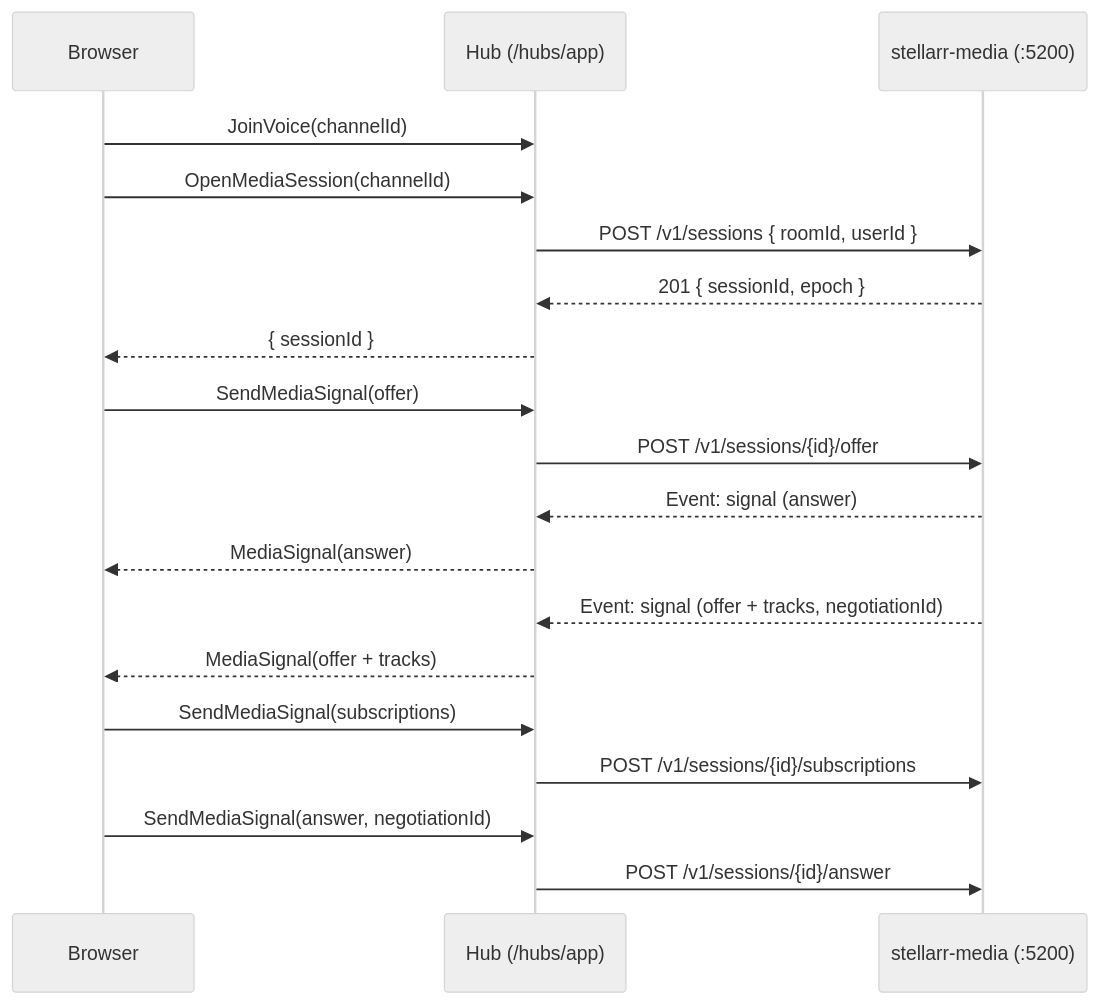
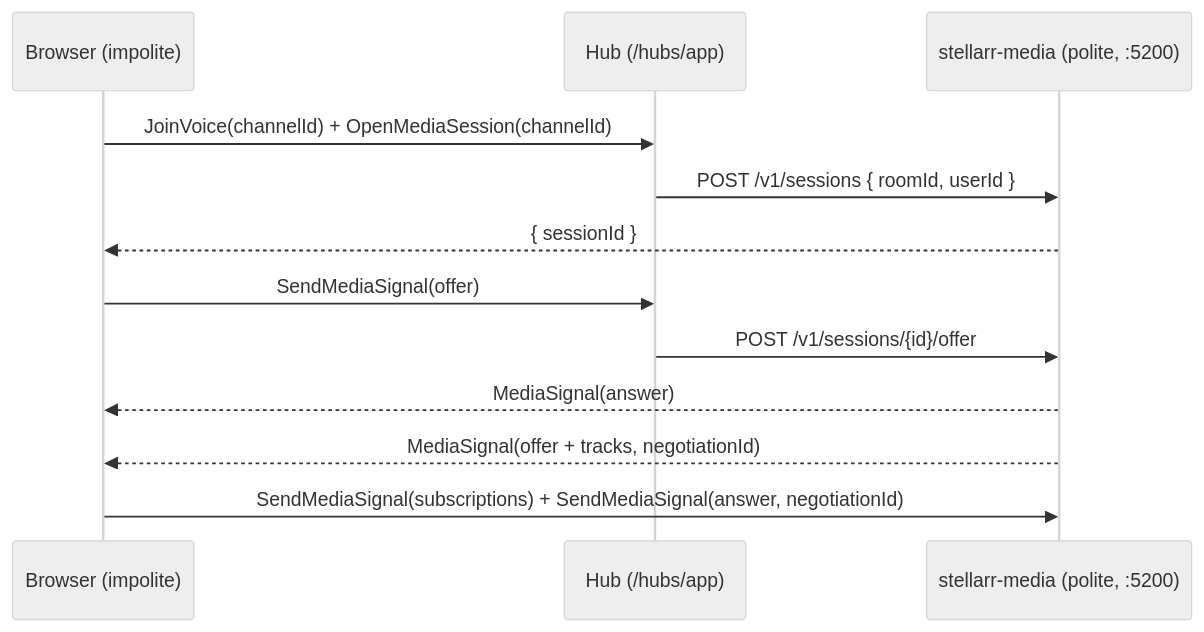
One commit to Arkazzae/Stellar changed the second of 2 diagrams in docs/stellarr-media.md. Above: the diagram before and after it, drawn with Mermaid (neutral theme). The commit also changed other lines of this file and 17 other files, not shown here.

````diff
--- a/docs/stellarr-media.md
+++ b/docs/stellarr-media.md
@@ -134,22 +62,15 @@
 ```mermaid
 sequenceDiagram
-    participant B as Browser
+    participant B as Browser (impolite)
     participant H as Hub (/hubs/app)
-    participant M as stellarr-media (:5200)
+    participant M as stellarr-media (polite, :5200)
 
-    B->>H: JoinVoice(channelId)
-    B->>H: OpenMediaSession(channelId)
+    B->>H: JoinVoice(channelId) + OpenMediaSession(channelId)
     H->>M: POST /v1/sessions { roomId, userId }
-    M-->>H: 201 { sessionId, epoch }
-    H-->>B: { sessionId }
+    M-->>B: { sessionId }
     B->>H: SendMediaSignal(offer)
     H->>M: POST /v1/sessions/{id}/offer
-    M-->>H: Event: signal (answer)
-    H-->>B: MediaSignal(answer)
-    M-->>H: Event: signal (offer + tracks, negotiationId)
-    H-->>B: MediaSignal(offer + tracks)
-    B->>H: SendMediaSignal(subscriptions)
-    H->>M: POST /v1/sessions/{id}/subscriptions
-    B->>H: SendMediaSignal(answer, negotiationId)
-    H->>M: POST /v1/sessions/{id}/answer
+    M-->>B: MediaSignal(answer)
+    M-->>B: MediaSignal(offer + tracks, negotiationId)
+    B->>M: SendMediaSignal(subscriptions) + SendMediaSignal(answer, negotiationId)
 ```
````
